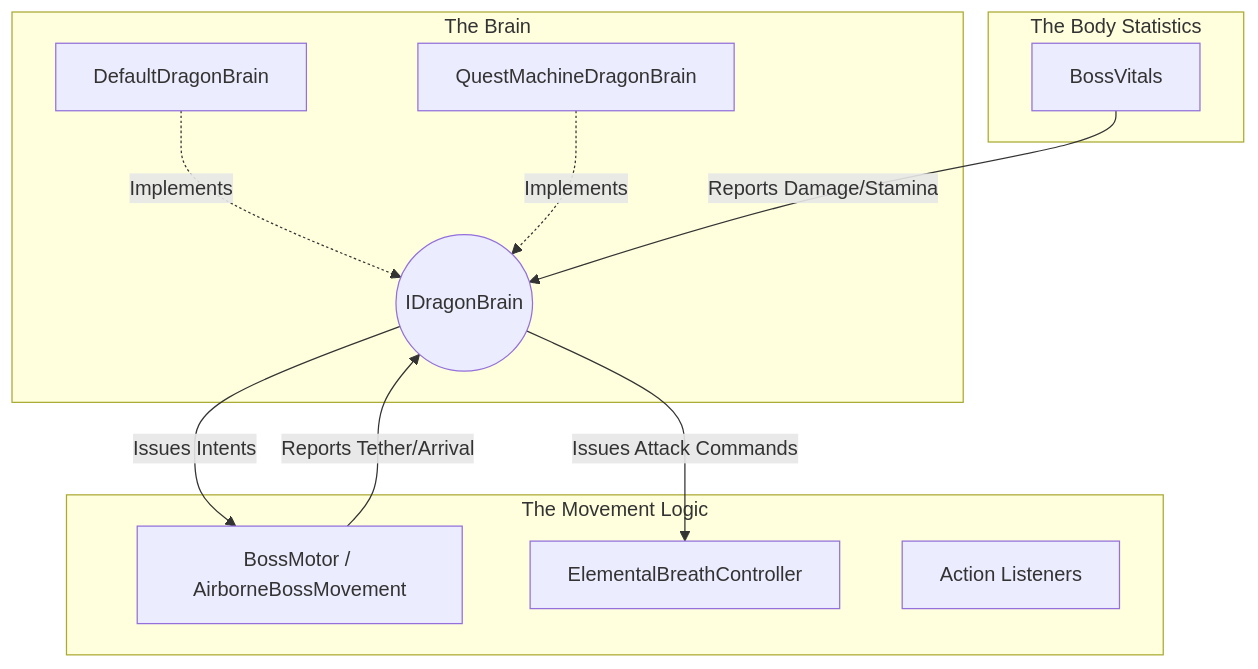
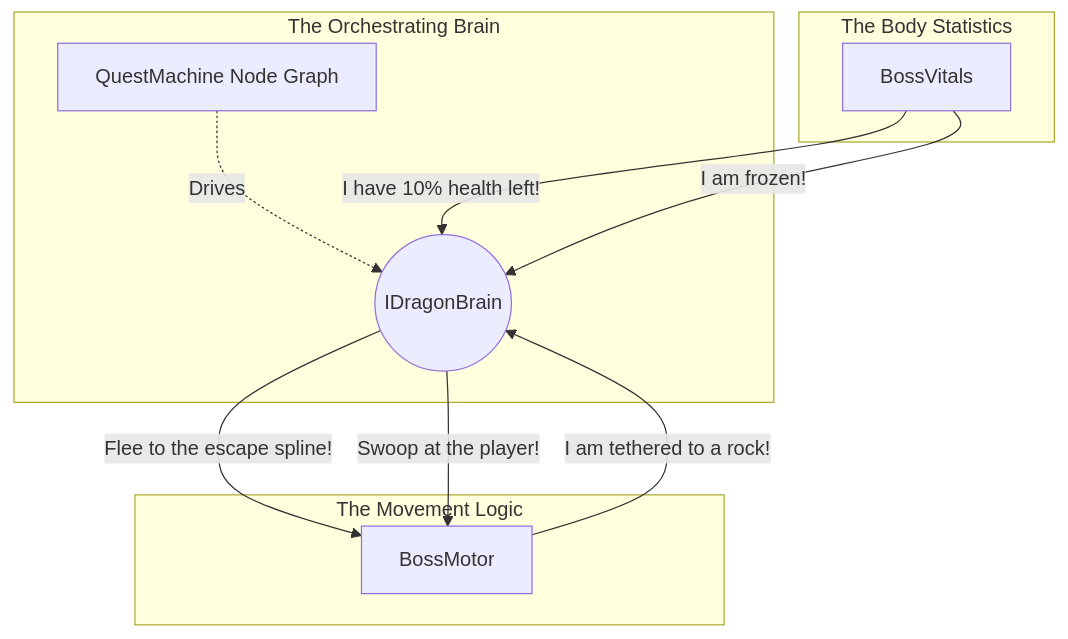
One commit to NatalieC001/dragonDump changed the diagram in Quest_Machine_Dragon_Brain_Docs.md. Above: the diagram before and after it, drawn with Mermaid. The commit also changed other lines of this file, not shown here.

Commit message:
Add documentation for Quest Machine and Dragon Brain architecture

````diff
--- a/Quest_Machine_Dragon_Brain_Docs.md
+++ b/Quest_Machine_Dragon_Brain_Docs.md
@@ -52,26 +52,24 @@
 ```mermaid
 graph TD
     subgraph The Body Statistics
         BV[BossVitals]
     end
 
-    subgraph The Brain
+    subgraph The Orchestrating Brain
         IDB((IDragonBrain))
-        DDB[DefaultDragonBrain] -.->|Implements| IDB
-        QMB[QuestMachineDragonBrain] -.->|Implements| IDB
+        QMB[QuestMachine Node Graph] -.->|Drives| IDB
     end
 
     subgraph The Movement Logic
-        ABM[BossMotor / AirborneBossMovement]
-        EBC[ElementalBreathController]
-        DAL[Action Listeners]
+        ABM[BossMotor]
     end
 
-    %% Event Reporting
-    BV -- Reports Damage/Stamina --> IDB
-    ABM -- Reports Tether/Arrival --> IDB
+    %% Sensor Reporting
+    BV -- "I have 10% health left!" --> IDB
+    BV -- "I am frozen!" --> IDB
+    ABM -- "I am tethered to a rock!" --> IDB
 
-    %% Commands
-    IDB -- Issues Intents --> ABM
-    IDB -- Issues Attack Commands --> EBC
+    %% Brain Orchestration Commands
+    IDB -- "Flee to the escape spline!" --> ABM
+    IDB -- "Swoop at the player!" --> ABM
 ```
````
